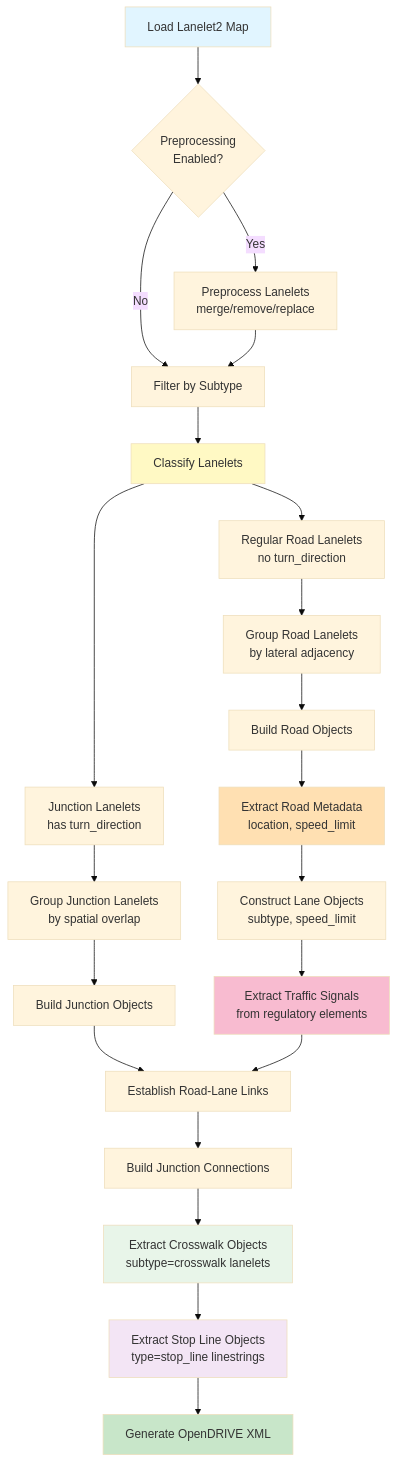
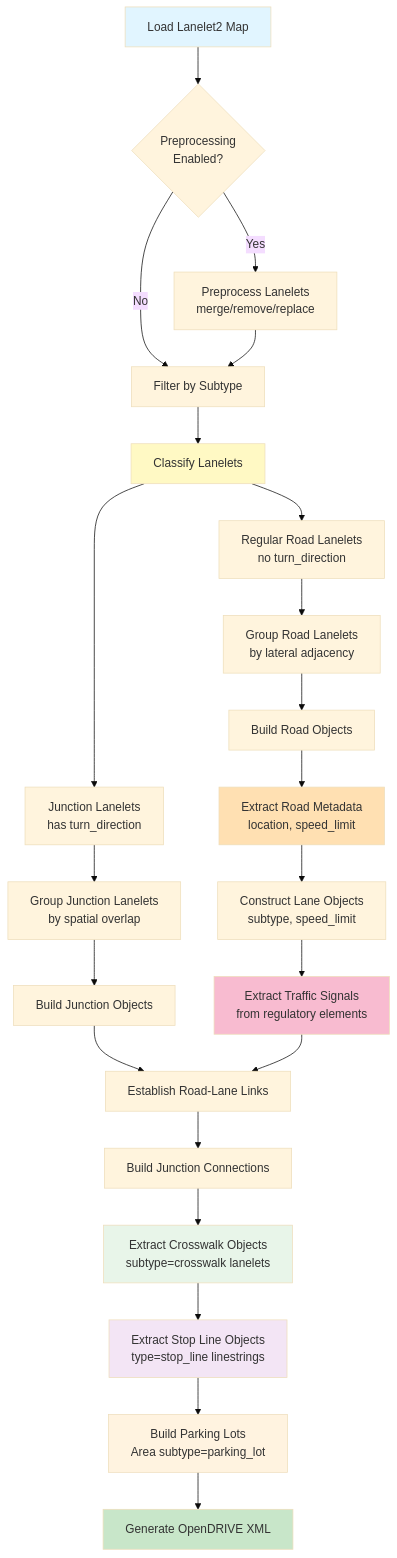
Before and after one commit to tier4/autoware_lanelet2_to_opendrive: the diagram in autoware_lanelet2_to_opendrive/docs/conversion-process.md, drawn with Mermaid (base theme). The commit also changed other lines of this file, not shown here.

First line of the commit message:
docs(parking): document Stage 8.9 parking-lot building (P2-1)

````diff
--- a/autoware_lanelet2_to_opendrive/docs/conversion-process.md
+++ b/autoware_lanelet2_to_opendrive/docs/conversion-process.md
@@ -20,38 +20,40 @@
 ```mermaid
 flowchart TD
     A[Load Lanelet2 Map] --> B{Preprocessing<br/>Enabled?}
     B -->|Yes| C[Preprocess Lanelets<br/>merge/remove/replace]
     B -->|No| D[Filter by Subtype]
     C --> D
 
     D --> E[Classify Lanelets]
     E --> F[Junction Lanelets<br/>has turn_direction]
     E --> G[Regular Road Lanelets<br/>no turn_direction]
 
     F --> H[Group Junction Lanelets<br/>by spatial overlap]
     G --> I[Group Road Lanelets<br/>by lateral adjacency]
 
     H --> J[Build Junction Objects]
     I --> K[Build Road Objects]
 
     K --> L[Extract Road Metadata<br/>location, speed_limit]
     L --> M[Construct Lane Objects<br/>subtype, speed_limit]
 
     M --> N[Extract Traffic Signals<br/>from regulatory elements]
 
     J --> O[Establish Road-Lane Links]
     N --> O
 
     O --> P[Build Junction Connections]
     P --> R[Extract Crosswalk Objects<br/>subtype=crosswalk lanelets]
     R --> S[Extract Stop Line Objects<br/>type=stop_line linestrings]
-    S --> Q[Generate OpenDRIVE XML]
+    S --> T[Build Parking Lots<br/>Area subtype=parking_lot]
+    T --> Q[Generate OpenDRIVE XML]
 
     style A fill:#e1f5ff
     style Q fill:#c8e6c9
     style E fill:#fff9c4
     style L fill:#ffe0b2
     style N fill:#f8bbd0
     style R fill:#e8f5e9
     style S fill:#f3e5f5
+    style T fill:#fff3e0
 ```
````
